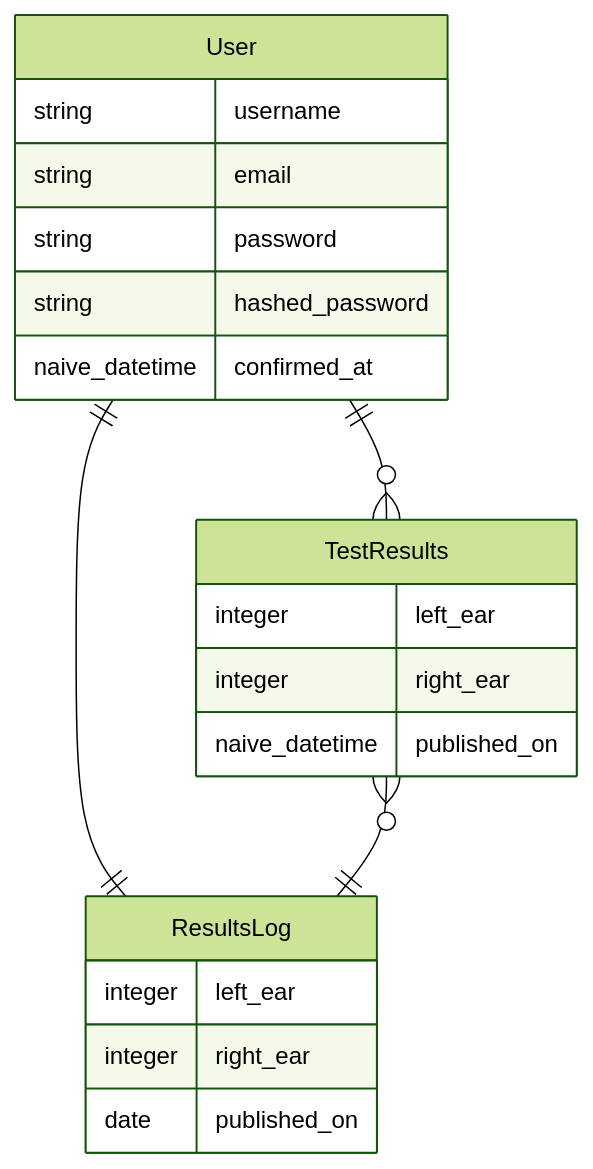
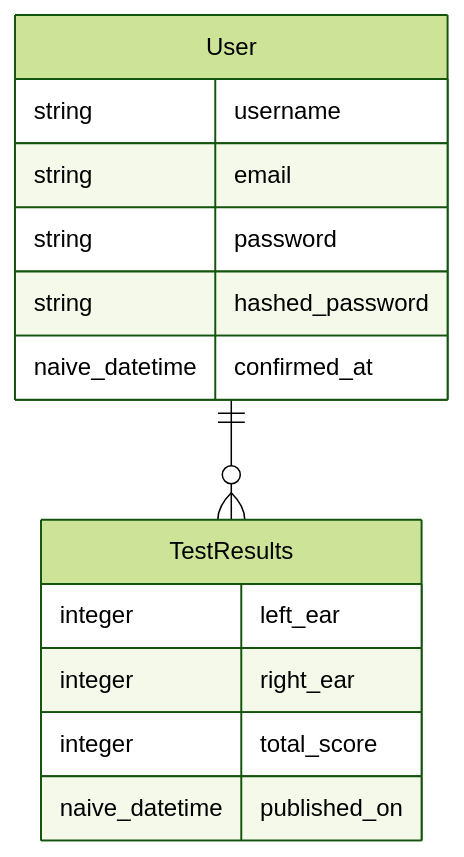
Before and after one commit to shwncndn/soundlift_audiometry: the diagram in README.md, drawn with Mermaid (forest theme). The commit also changed other lines of this file and 1 other file, not shown here.

````diff
--- a/README.md
+++ b/README.md
@@ -4,23 +7,18 @@
 ```mermaid
 erDiagram
 User {
   string username
   string email
   string password
   string hashed_password
   naive_datetime confirmed_at
 }
 TestResults {
     integer left_ear
     integer right_ear
+    integer total_score
     naive_datetime published_on  
 }
-ResultsLog {
-    integer left_ear
-    integer right_ear
-    date published_on
-}
+
 User ||--O{ TestResults: ""
-User ||--|| ResultsLog: ""
-TestResults }O--|| ResultsLog: ""
 ```
````
